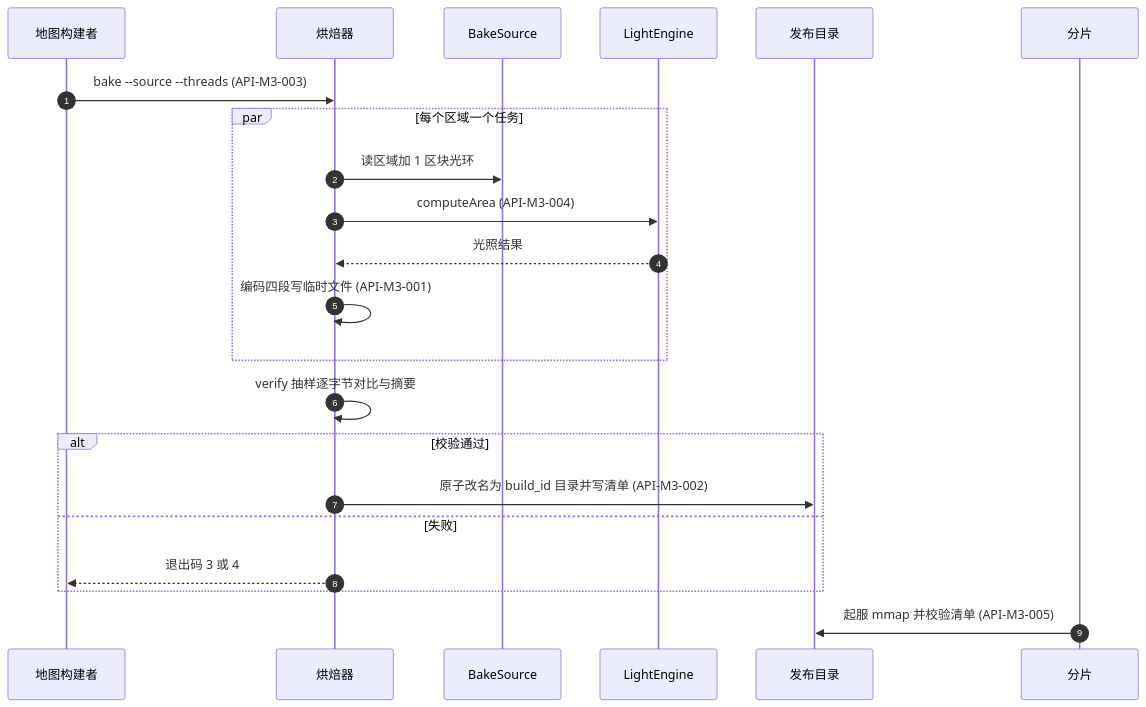
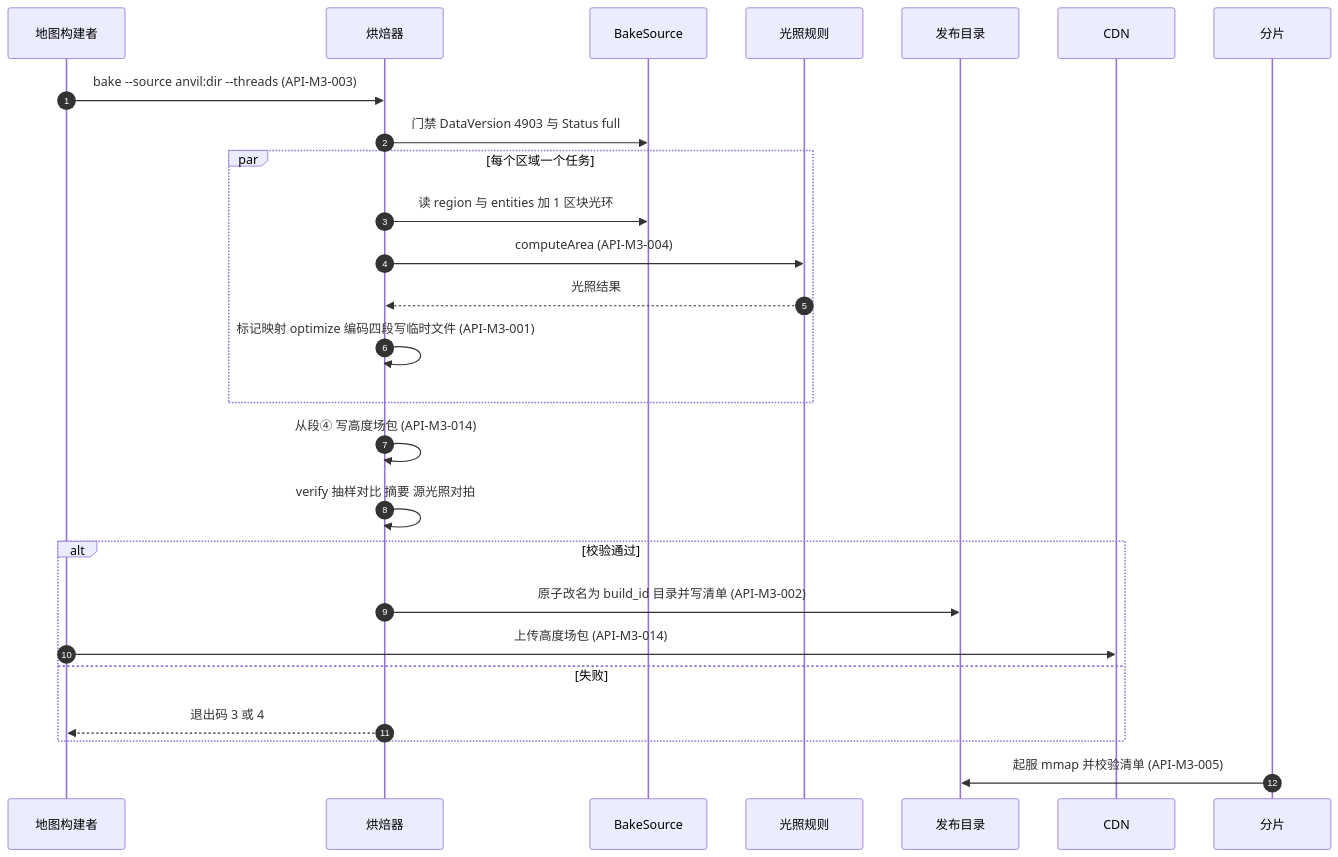
One commit to Bearisbug/synaxis changed the seventh of 9 diagrams in docs/DESIGN-M3.md. Above: the diagram before and after it, drawn with Mermaid. The commit also changed other lines of this file and 5 other files, not shown here.

````diff
--- a/docs/DESIGN-M3.md
+++ b/docs/DESIGN-M3.md
@@ -675,24 +708,28 @@
 ```mermaid
 sequenceDiagram
   autonumber
   participant B as 地图构建者
   participant K as 烘焙器
   participant SRC as BakeSource
-  participant LE as LightEngine
+  participant LE as 光照规则
   participant FS as 发布目录
+  participant CDN as CDN
   participant SH as 分片
-  B->>K: bake --source --threads (API-M3-003)
+  B->>K: bake --source anvil:dir --threads (API-M3-003)
+  K->>SRC: 门禁 DataVersion 4903 与 Status full
   par 每个区域一个任务
-    K->>SRC: 读区域加 1 区块光环
+    K->>SRC: 读 region 与 entities 加 1 区块光环
     K->>LE: computeArea (API-M3-004)
     LE-->>K: 光照结果
-    K->>K: 编码四段写临时文件 (API-M3-001)
+    K->>K: 标记映射 optimize 编码四段写临时文件 (API-M3-001)
   end
-  K->>K: verify 抽样逐字节对比与摘要
+  K->>K: 从段④ 写高度场包 (API-M3-014)
+  K->>K: verify 抽样对比 摘要 源光照对拍
   alt 校验通过
     K->>FS: 原子改名为 build_id 目录并写清单 (API-M3-002)
+    B->>CDN: 上传高度场包 (API-M3-014)
   else 失败
     K-->>B: 退出码 3 或 4
   end
   SH->>FS: 起服 mmap 并校验清单 (API-M3-005)
 ```
````
